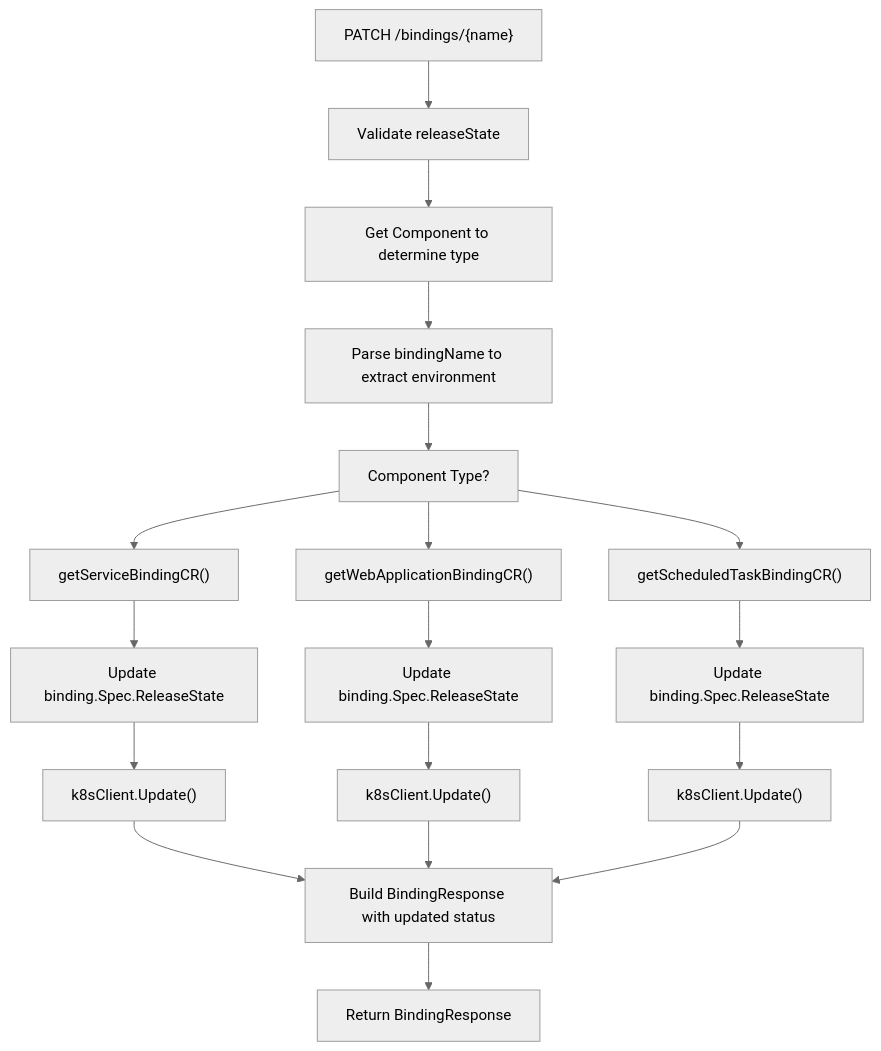
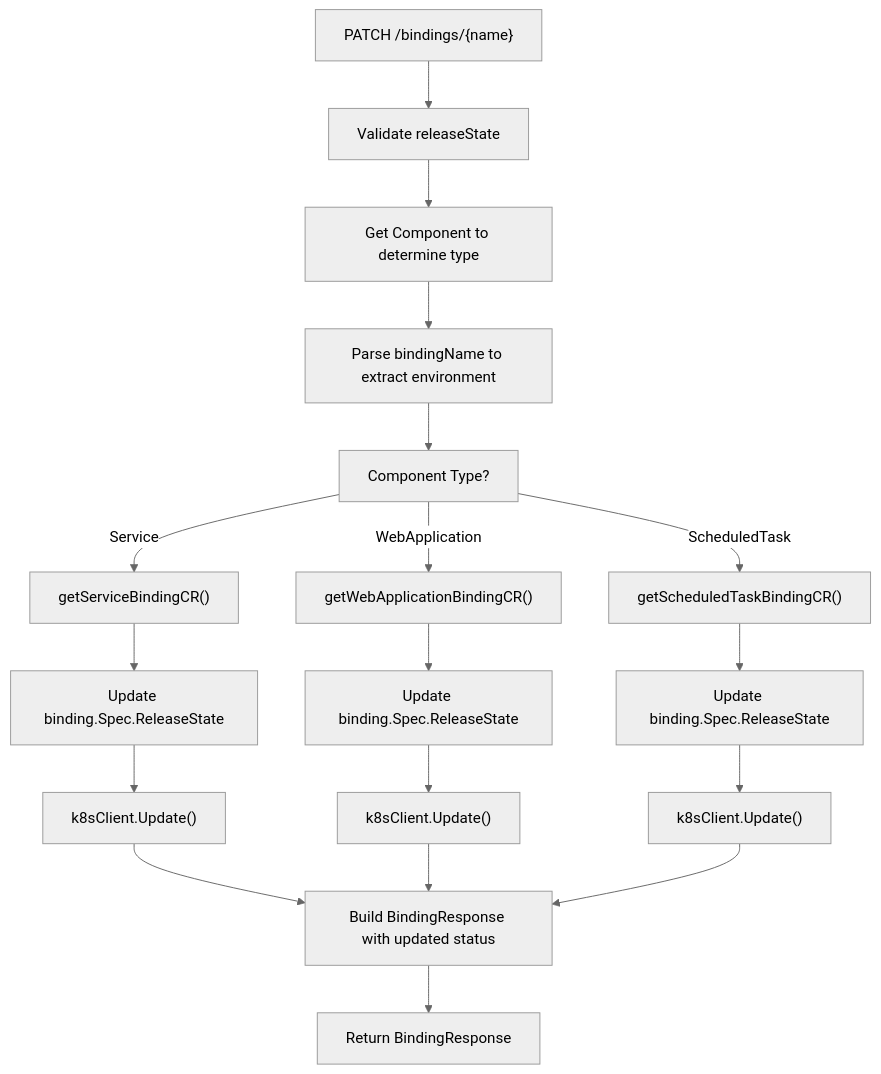
Before and after one commit to openchoreo/openchoreo: the fourth of 7 diagrams in docs/deepwiki/Component-Management.md, drawn with Mermaid (neutral theme). The commit also changed other lines of this file and 85 other files, not shown here.

Commit message:
feat: Add new workflow and specification templates, update Helm chart dependencies, and clarify documentation diagrams.

````diff
--- a/docs/deepwiki/Component-Management.md
+++ b/docs/deepwiki/Component-Management.md
@@ -258,38 +258,38 @@
 ```mermaid
 flowchart TD
 
 Request["PATCH /bindings/{name}"]
 Validate["Validate releaseState"]
 GetComponent["Get Component to determine type"]
 ParseBindingName["Parse bindingName to extract environment"]
 DetermineType["Component Type?"]
 GetServiceBinding["getServiceBindingCR()"]
 GetWebAppBinding["getWebApplicationBindingCR()"]
 GetScheduledTaskBinding["getScheduledTaskBindingCR()"]
 UpdateSpec1["Update binding.Spec.ReleaseState"]
 UpdateSpec2["Update binding.Spec.ReleaseState"]
 UpdateSpec3["Update binding.Spec.ReleaseState"]
 K8sUpdate1["k8sClient.Update()"]
 K8sUpdate2["k8sClient.Update()"]
 K8sUpdate3["k8sClient.Update()"]
 BuildResponse["Build BindingResponse with updated status"]
 Return["Return BindingResponse"]
 
 Request --> Validate
 Validate --> GetComponent
 GetComponent --> ParseBindingName
 ParseBindingName --> DetermineType
-DetermineType --> GetServiceBinding
-DetermineType --> GetWebAppBinding
-DetermineType --> GetScheduledTaskBinding
+DetermineType -->|"Service"| GetServiceBinding
+DetermineType -->|"WebApplication"| GetWebAppBinding
+DetermineType -->|"ScheduledTask"| GetScheduledTaskBinding
 GetServiceBinding --> UpdateSpec1
 GetWebAppBinding --> UpdateSpec2
 GetScheduledTaskBinding --> UpdateSpec3
 UpdateSpec1 --> K8sUpdate1
 UpdateSpec2 --> K8sUpdate2
 UpdateSpec3 --> K8sUpdate3
 K8sUpdate1 --> BuildResponse
 K8sUpdate2 --> BuildResponse
 K8sUpdate3 --> BuildResponse
 BuildResponse --> Return
 ```
````
